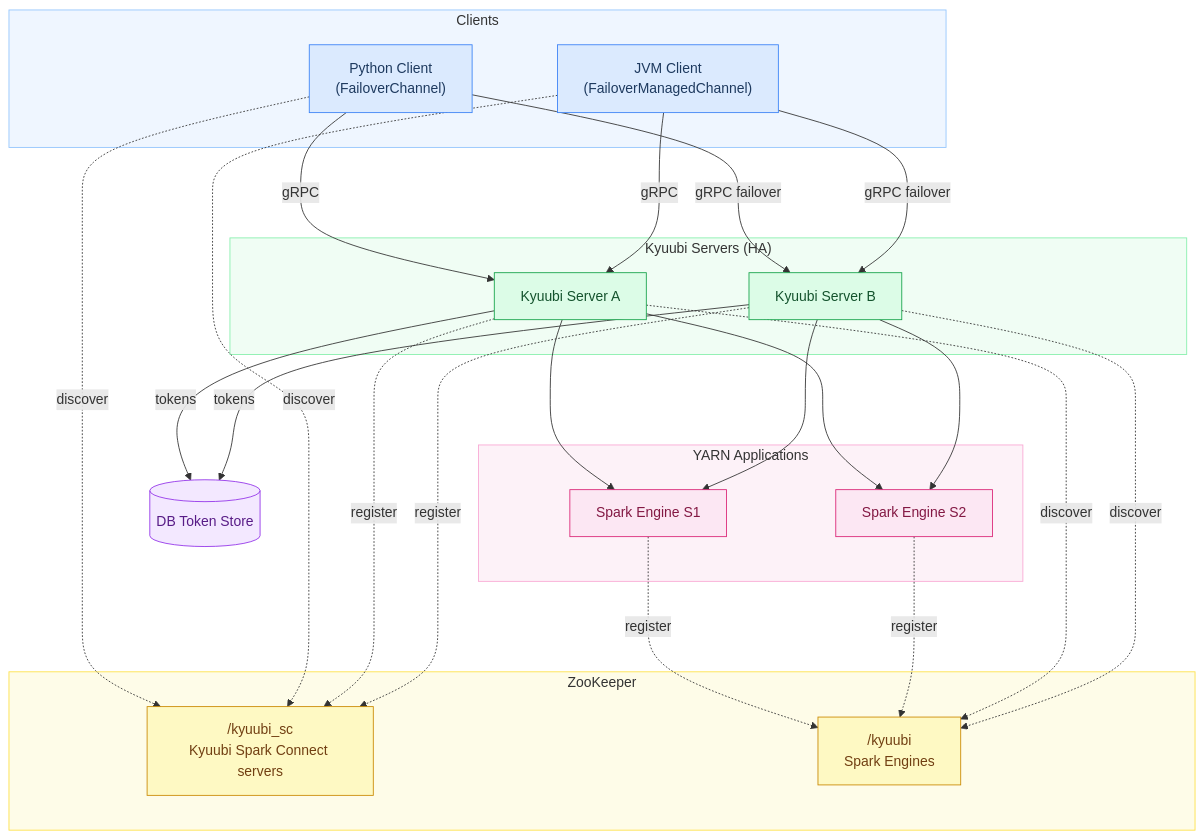
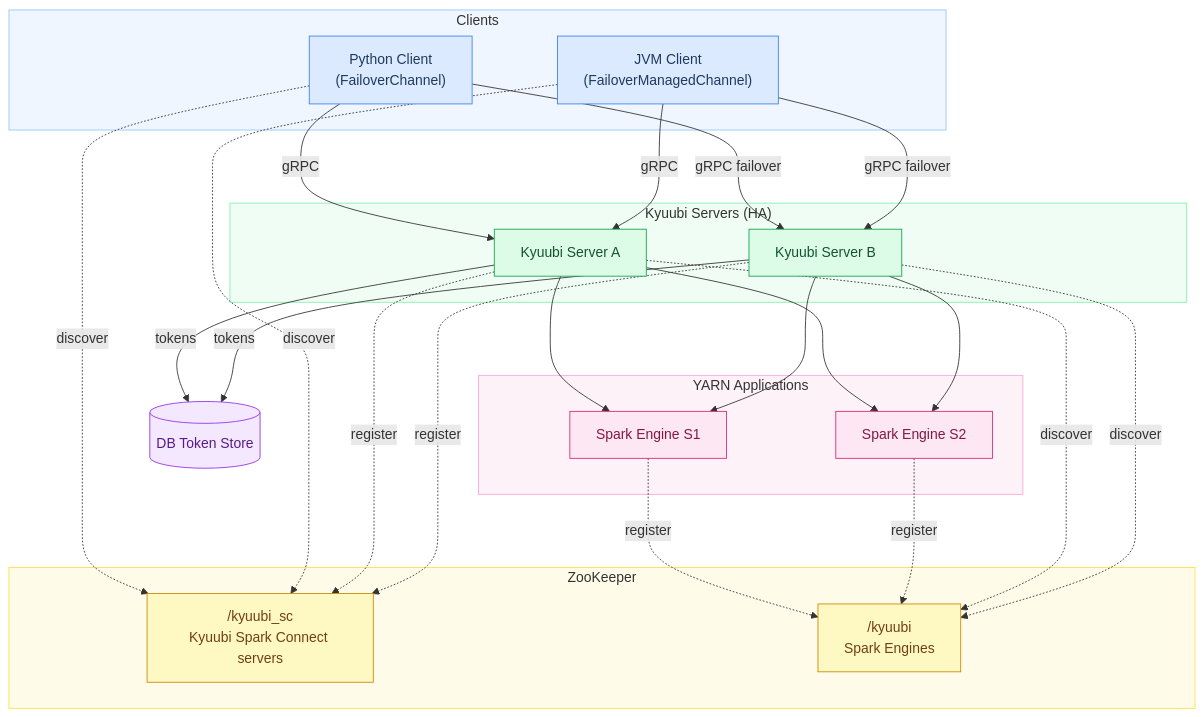
One commit to arenadata/kyuubi changed the diagram in docs/spark_connect/spark_connect_ha_architecture.mmd. Above: the diagram before and after it, drawn with Mermaid.

Commit message:
ADH-8176: docs/spark_connect/spark_connect_ha_architecture.mmd: set rankSpacing 60

```diff
--- a/docs/spark_connect/spark_connect_ha_architecture.mmd
+++ b/docs/spark_connect/spark_connect_ha_architecture.mmd
@@ -1,69 +1,69 @@
 ---
 config:
   flowchart:
-    rankSpacing: 80
+    rankSpacing: 60
 ---
 
 graph TB
     subgraph Clients
         PY["Python Client\n(FailoverChannel)"]
         JVM["JVM Client\n(FailoverManagedChannel)"]
     end
 
     subgraph ZK["ZooKeeper"]
         ZK_SC["/kyuubi_sc\nKyuubi Spark Connect servers"]
         ZK_ENG["/kyuubi\nSpark Engines"]
     end
 
     subgraph HA["Kyuubi Servers (HA)"]
         KA["Kyuubi Server A"]
         KB["Kyuubi Server B"]
     end
 
     DB[("DB Token Store")]
 
     subgraph Engines["YARN Applications"]
         E1["Spark Engine S1"]
         E2["Spark Engine S2"]
     end
 
     PY -- "gRPC" --> KA
     PY -- "gRPC failover" --> KB
     JVM -- "gRPC" --> KA
     JVM -- "gRPC failover" --> KB
 
     PY -. "discover" .-> ZK_SC
     JVM -. "discover" .-> ZK_SC
 
     KA -. "register" .-> ZK_SC
     KB -. "register" .-> ZK_SC
 
     KA -- "tokens" --> DB
     KB -- "tokens" --> DB
 
     KA --> E1
     KB --> E1
     KA --> E2
     KB --> E2
 
     E1 -. "register" .-> ZK_ENG
     E2 -. "register" .-> ZK_ENG
     KA -. "discover" .-> ZK_ENG
     KB -. "discover" .-> ZK_ENG
 
     classDef client fill:#dbeafe,stroke:#3b82f6,color:#1e3a5f
     classDef kyuubi fill:#dcfce7,stroke:#16a34a,color:#14532d
     classDef zk fill:#fef9c3,stroke:#ca8a04,color:#713f12
     classDef engine fill:#fce7f3,stroke:#db2777,color:#831843
     classDef db fill:#f3e8ff,stroke:#9333ea,color:#581c87
 
     class PY,JVM client
     class KA,KB kyuubi
     class ZK_SC,ZK_ENG zk
     class E1,E2 engine
     class DB db
 
     style Clients fill:#eff6ff,stroke:#93c5fd
     style HA fill:#f0fdf4,stroke:#86efac
     style ZK fill:#fefce8,stroke:#fde047
     style Engines fill:#fdf2f8,stroke:#f9a8d4
```
